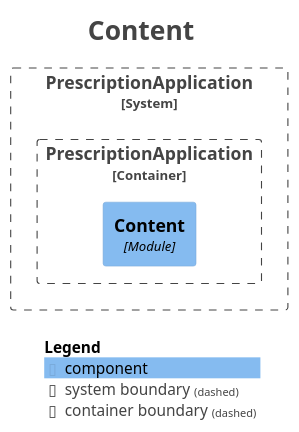
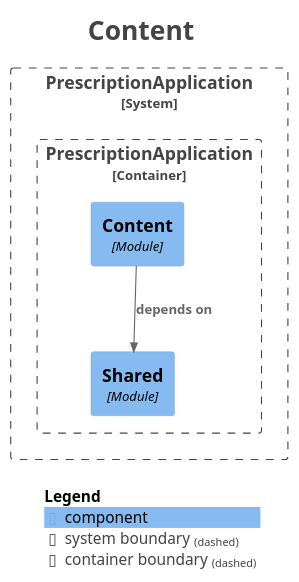
Before and after one commit to Losdreyfedus/doping-prescription: the diagram in docs/moduller/module-content.puml, drawn with PlantUML. The commit also changed 7 other files, not shown here.

```diff
--- a/docs/moduller/module-content.puml
+++ b/docs/moduller/module-content.puml
@@ -1,27 +1,30 @@
 @startuml
 title <size:24>Content</size>
 
 set separator none
 top to bottom direction
 
 <style>
   root {
     BackgroundColor: #ffffff
     FontColor: #444444
   }
 </style>
 
 !include <C4/C4>
 !include <C4/C4_Context>
 !include <C4/C4_Component>
 
 System_Boundary("PrescriptionApplication_boundary", "PrescriptionApplication", $tags="") {
   Container_Boundary("PrescriptionApplication.PrescriptionApplication_boundary", "PrescriptionApplication", $tags="") {
     Component(PrescriptionApplication.PrescriptionApplication.Content, "Content", $techn="Module", $descr="", $tags="", $link="")
+    Component(PrescriptionApplication.PrescriptionApplication.Shared, "Shared", $techn="Module", $descr="", $tags="", $link="")
   }
 
 }
 
+Rel(PrescriptionApplication.PrescriptionApplication.Content, PrescriptionApplication.PrescriptionApplication.Shared, "depends on", $techn="", $tags="", $link="")
+
 SHOW_LEGEND(true)
 hide stereotypes
 @enduml
```
